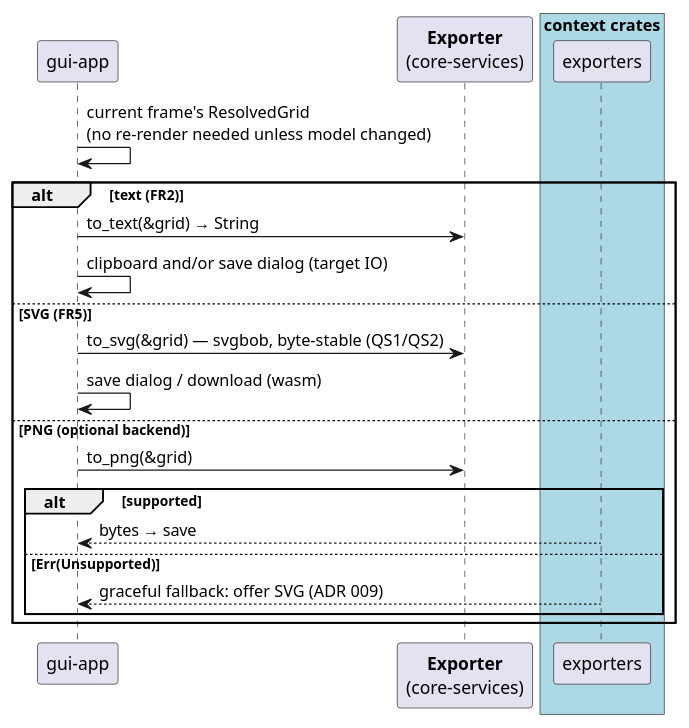
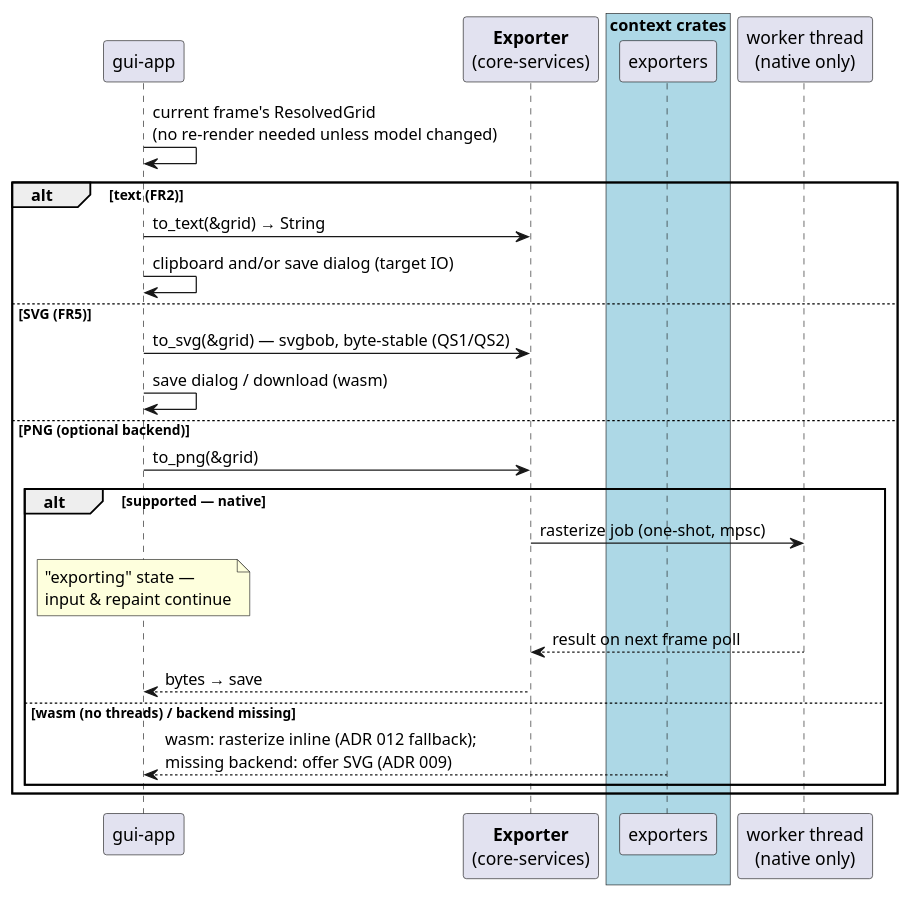
One commit to Reto411/ascii-diagram-drawer changed the fifth of 7 diagrams in doc/arc42/09-runtime-view.md. Above: the diagram before and after it, drawn with PlantUML. The commit also changed other lines of this file and 4 other files, not shown here.

First line of the commit message:
ADR 012 v2: responsive UI — dedicated UI thread, worker for non-frame work

````diff
--- a/doc/arc42/09-runtime-view.md
+++ b/doc/arc42/09-runtime-view.md
@@ -124,24 +133,28 @@
 ```plantuml
 @startuml
 participant "gui-app" as gui
 participant "**Exporter**\n(core-services)" as exp
 box "context crates" #LightBlue
 participant "exporters" as ex
 end box
+participant "worker thread\n(native only)" as worker
 gui -> gui : current frame's ResolvedGrid\n(no re-render needed unless model changed)
 alt text (FR2)
   gui -> exp : to_text(&grid) → String
   gui -> gui : clipboard and/or save dialog (target IO)
 else SVG (FR5)
   gui -> exp : to_svg(&grid) — svgbob, byte-stable (QS1/QS2)
   gui -> gui : save dialog / download (wasm)
 else PNG (optional backend)
   gui -> exp : to_png(&grid)
-  alt supported
-    ex --> gui : bytes → save
-  else Err(Unsupported)
-    ex --> gui : graceful fallback: offer SVG (ADR 009)
+  alt supported — native
+    exp -> worker : rasterize job (one-shot, mpsc)
+    note over gui : "exporting" state —\ninput & repaint continue
+    worker --> exp : result on next frame poll
+    exp --> gui : bytes → save
+  else wasm (no threads) / backend missing
+    ex --> gui : wasm: rasterize inline (ADR 012 fallback);\nmissing backend: offer SVG (ADR 009)
   end
 end
 @enduml
 ```
````
